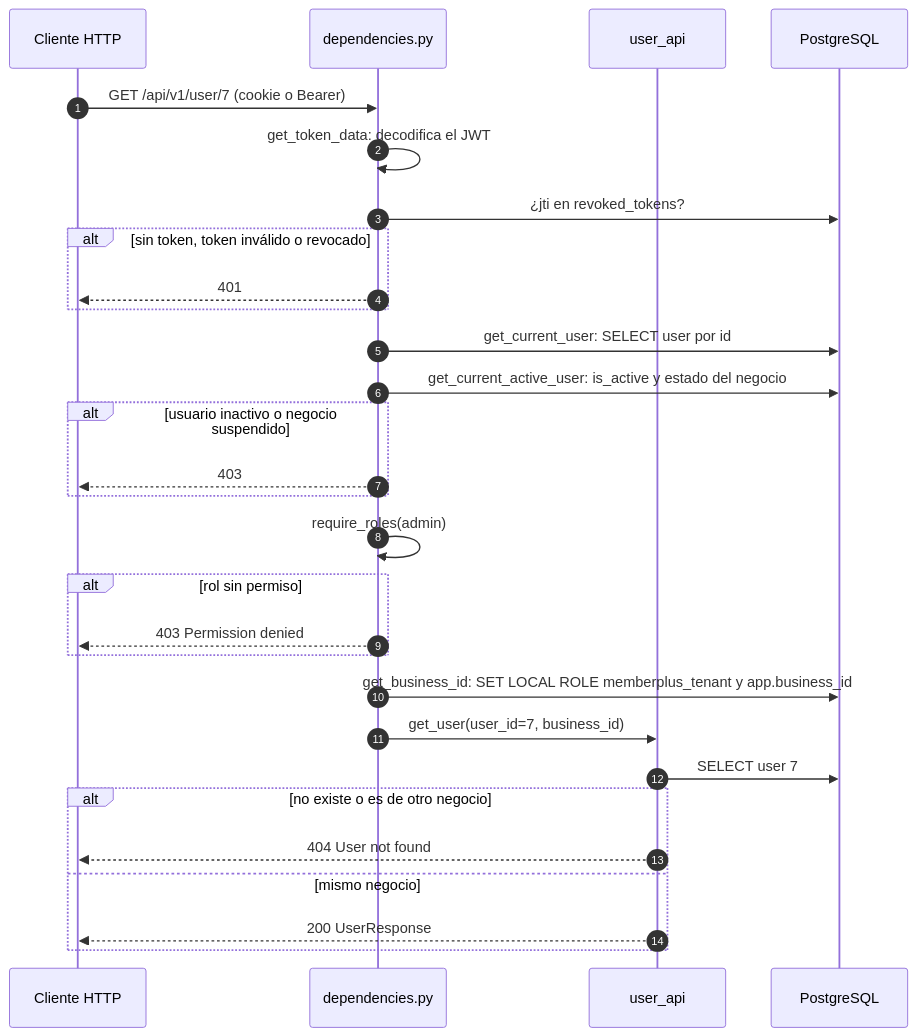
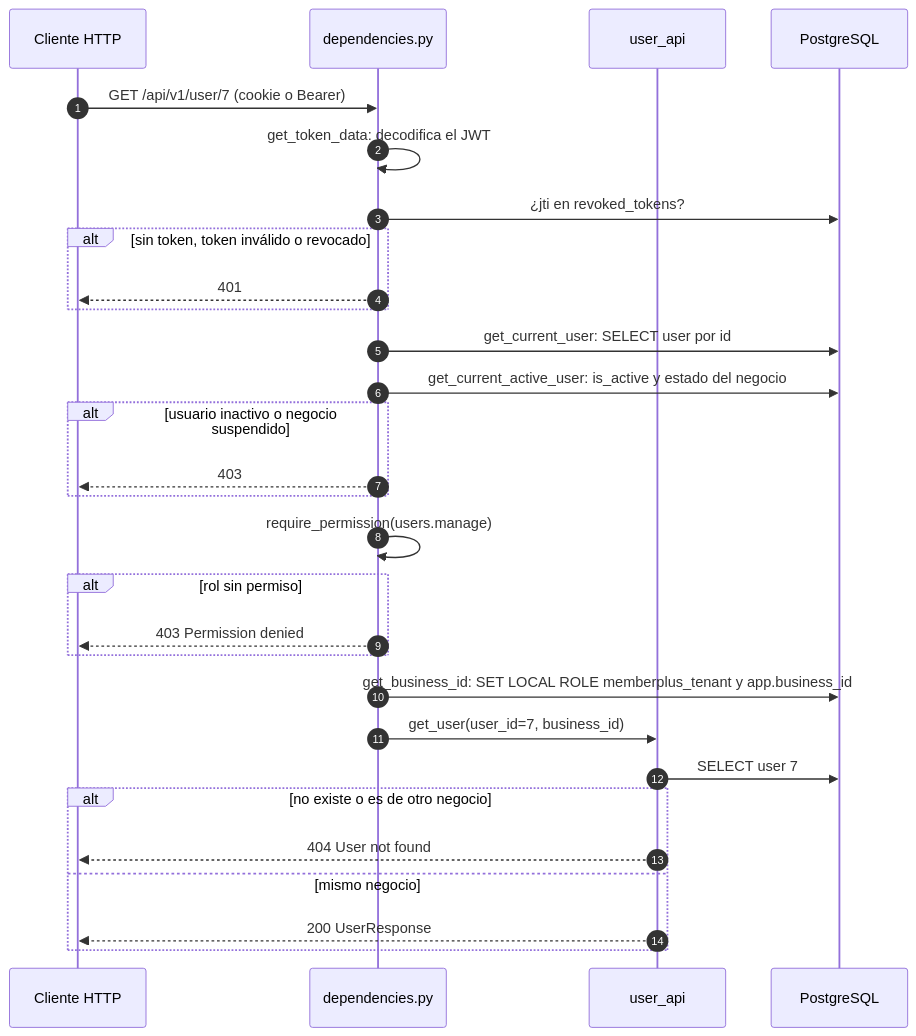
Diagram 12 of 15 in docs/ARCHITECTURE.md (AGA-Studio/Member-Web), drawn with Mermaid before and after one commit. The commit also changed other lines of this file and 3 other files, not shown here.

````diff
--- a/docs/ARCHITECTURE.md
+++ b/docs/ARCHITECTURE.md
@@ -698,32 +717,32 @@
 ```mermaid
 sequenceDiagram
     autonumber
     participant C as Cliente HTTP
     participant DEP as dependencies.py
     participant R as user_api
     participant DB as PostgreSQL
 
     C->>DEP: GET /api/v1/user/7 (cookie o Bearer)
     DEP->>DEP: get_token_data: decodifica el JWT
     DEP->>DB: ¿jti en revoked_tokens?
     alt sin token, token inválido o revocado
         DEP-->>C: 401
     end
     DEP->>DB: get_current_user: SELECT user por id
     DEP->>DB: get_current_active_user: is_active y estado del negocio
     alt usuario inactivo o negocio suspendido
         DEP-->>C: 403
     end
-    DEP->>DEP: require_roles(admin)
+    DEP->>DEP: require_permission(users.manage)
     alt rol sin permiso
         DEP-->>C: 403 Permission denied
     end
     DEP->>DB: get_business_id: SET LOCAL ROLE memberplus_tenant y app.business_id
     DEP->>R: get_user(user_id=7, business_id)
     R->>DB: SELECT user 7
     alt no existe o es de otro negocio
         R-->>C: 404 User not found
     else mismo negocio
         R-->>C: 200 UserResponse
     end
 ```
````
